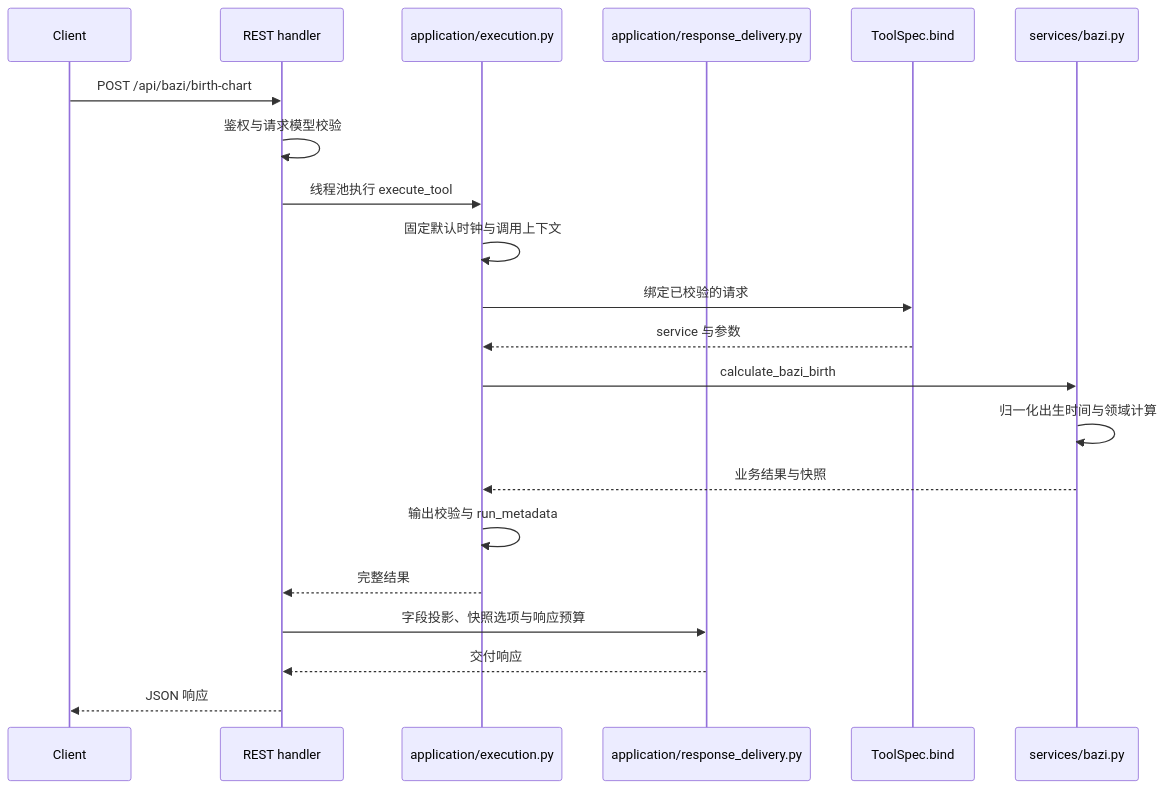
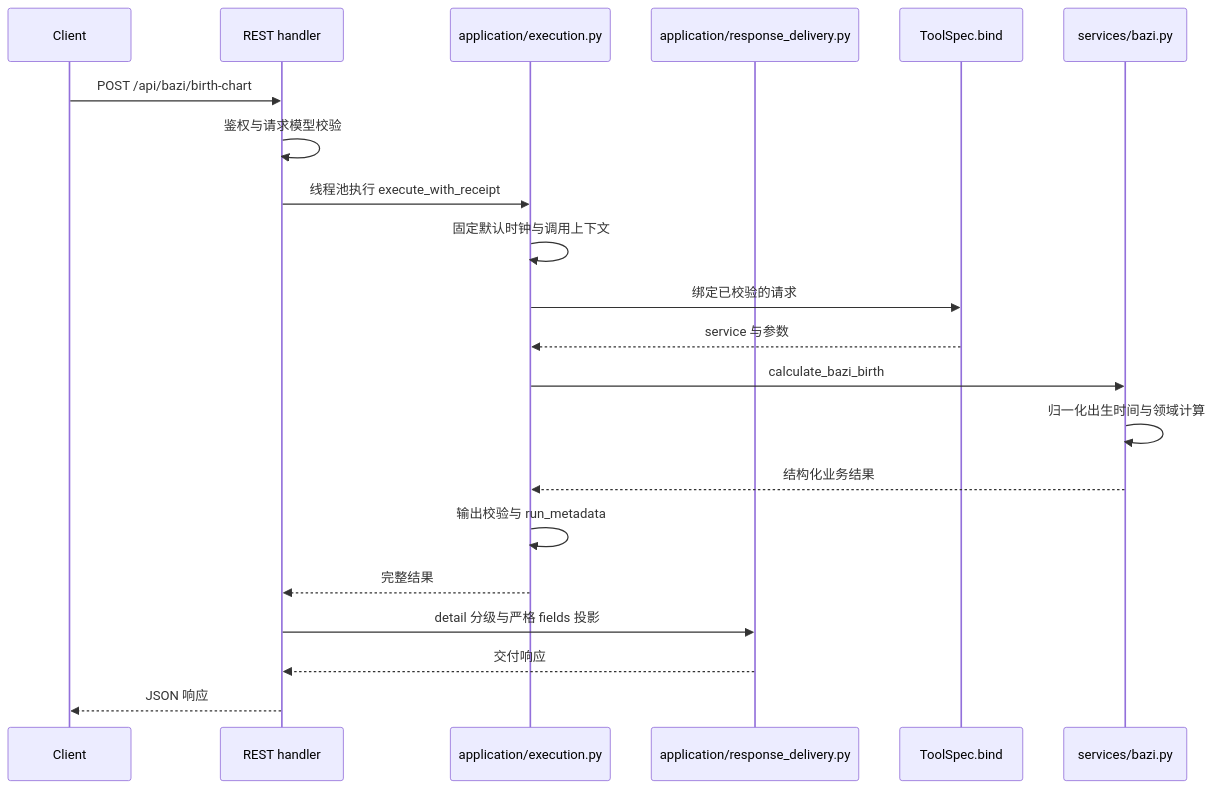
Before and after one commit to thomas-yanxin/FateBridge: the second of 2 diagrams in docs/architecture.md, drawn with Mermaid. The commit also changed other lines of this file and 473 other files, not shown here.

````diff
--- a/docs/architecture.md
+++ b/docs/architecture.md
@@ -50,23 +50,23 @@
 ```mermaid
 sequenceDiagram
     participant C as Client
     participant R as REST handler
     participant E as application/execution.py
     participant D as application/response_delivery.py
     participant B as ToolSpec.bind
     participant S as services/bazi.py
     C->>R: POST /api/bazi/birth-chart
     R->>R: 鉴权与请求模型校验
-    R->>E: 线程池执行 execute_tool
+    R->>E: 线程池执行 execute_with_receipt
     E->>E: 固定默认时钟与调用上下文
     E->>B: 绑定已校验的请求
     B-->>E: service 与参数
     E->>S: calculate_bazi_birth
     S->>S: 归一化出生时间与领域计算
-    S-->>E: 业务结果与快照
+    S-->>E: 结构化业务结果
     E->>E: 输出校验与 run_metadata
     E-->>R: 完整结果
-    R->>D: 字段投影、快照选项与响应预算
+    R->>D: detail 分级与严格 fields 投影
     D-->>R: 交付响应
     R-->>C: JSON 响应
 ```
````
